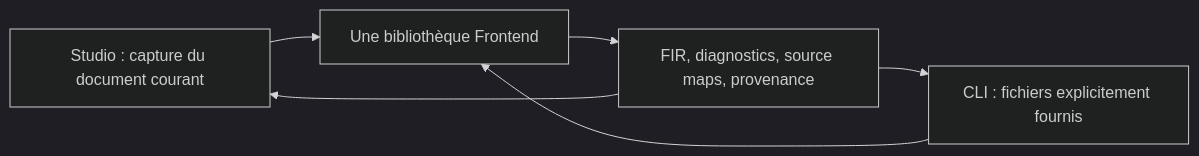
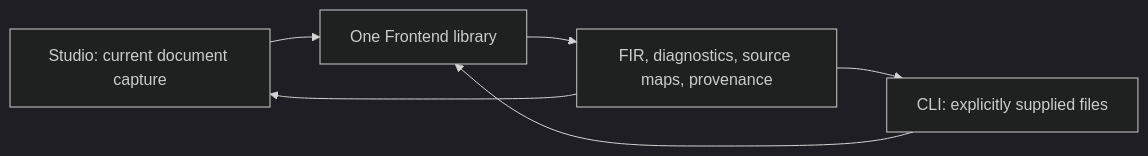
The first of 3 diagrams in Implementations/Frontend/docs/architecture-and-maintenance.md (Graiphic/FROG), drawn with Mermaid (dark theme) before and after one commit. The commit also changed other lines of this file and 1100 other files, not shown here.

````diff
--- a/Implementations/Frontend/docs/architecture-and-maintenance.md
+++ b/Implementations/Frontend/docs/architecture-and-maintenance.md
@@ -5,8 +7,8 @@
 ```mermaid
 flowchart LR
-  Studio[Studio : capture du document courant] --> Core[Une bibliothèque Frontend]
-  CLI[CLI : fichiers explicitement fournis] --> Core
+  Studio[Studio: current document capture] --> Core[One Frontend library]
+  CLI[CLI: explicitly supplied files] --> Core
   Core --> Result[FIR, diagnostics, source maps, provenance]
   Result --> Studio
   Result --> CLI
 ```
````
